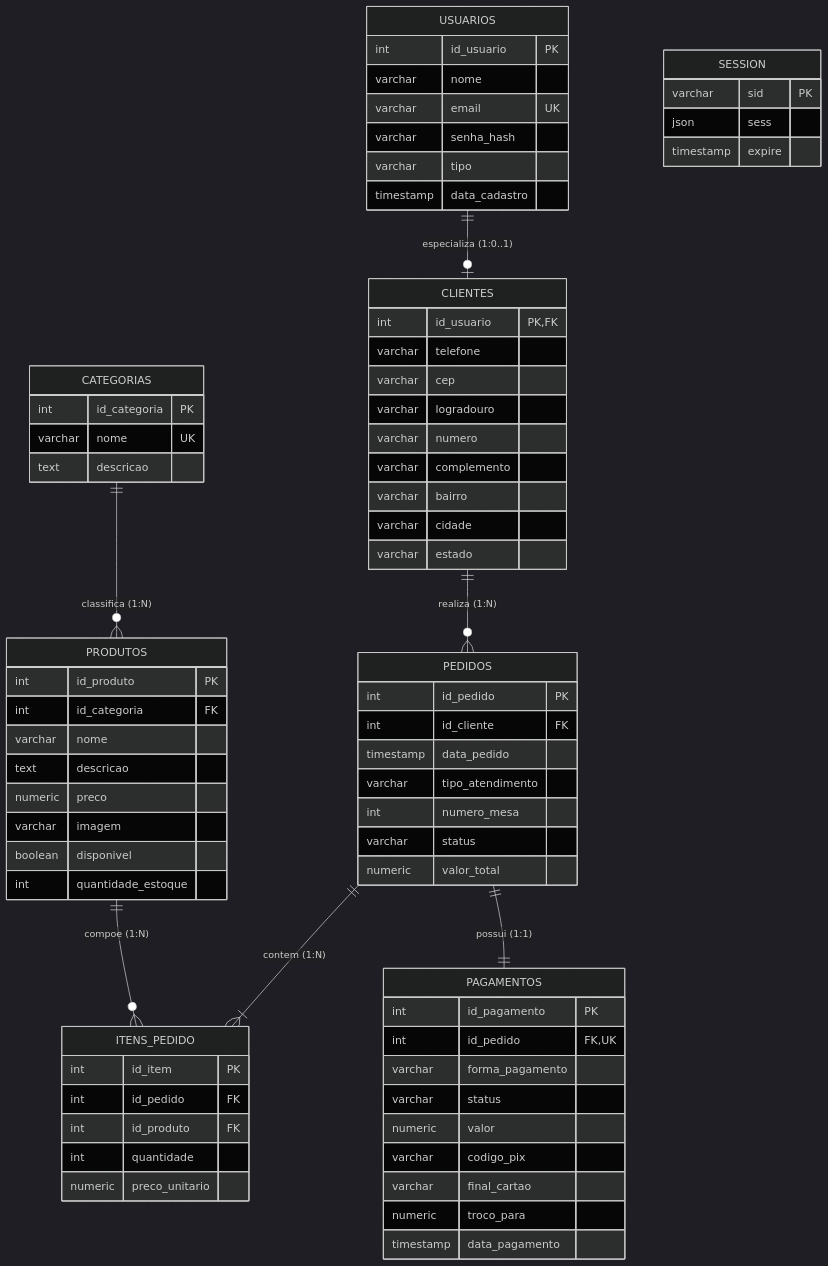
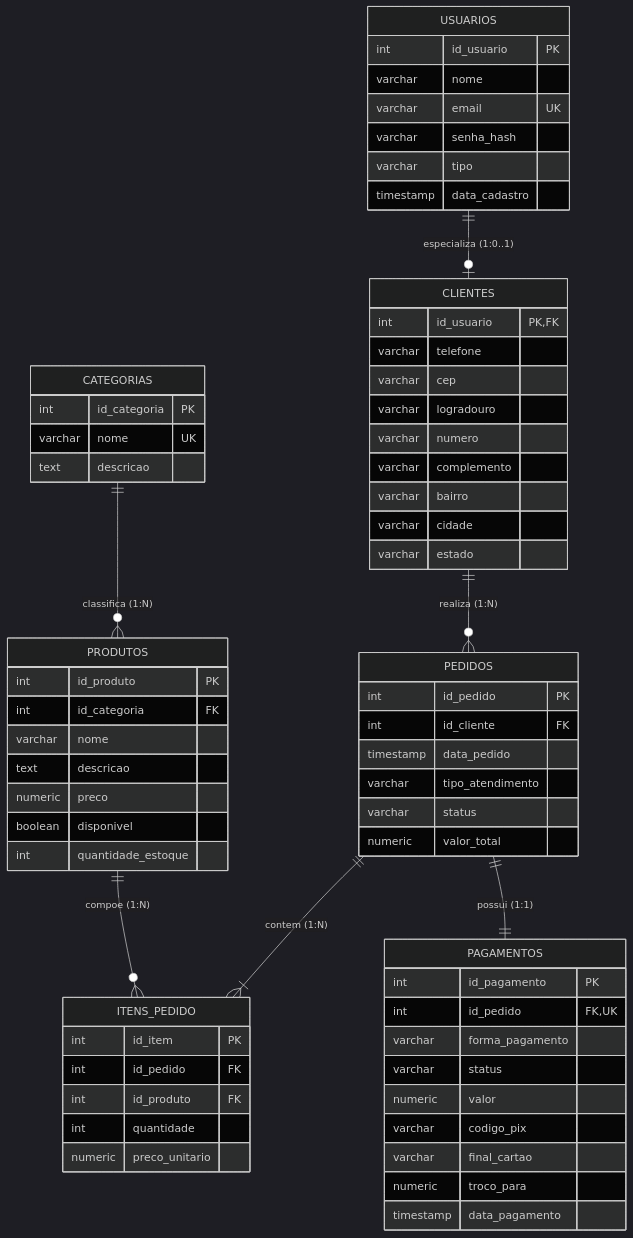
Before and after one commit to PedrosoMyskiw/ProjetoFinalDW1-Cafeteria: the diagram in documentacao/MER.md, drawn with Mermaid (dark theme).

```diff
--- a/documentacao/MER.md
+++ b/documentacao/MER.md
@@ -35,7 +35,6 @@
         varchar nome
         text descricao
         numeric preco
-        varchar imagem
         boolean disponivel
         int quantidade_estoque
     }
@@ -45,7 +44,6 @@
         int id_cliente FK
         timestamp data_pedido
         varchar tipo_atendimento
-        int numero_mesa
         varchar status
         numeric valor_total
     }
@@ -70,11 +68,6 @@
         timestamp data_pagamento
     }
 
-    SESSION {
-        varchar sid PK
-        json sess
-        timestamp expire
-    }
 
     USUARIOS ||--o| CLIENTES : "especializa (1:0..1)"
     CLIENTES ||--o{ PEDIDOS : "realiza (1:N)"
```
